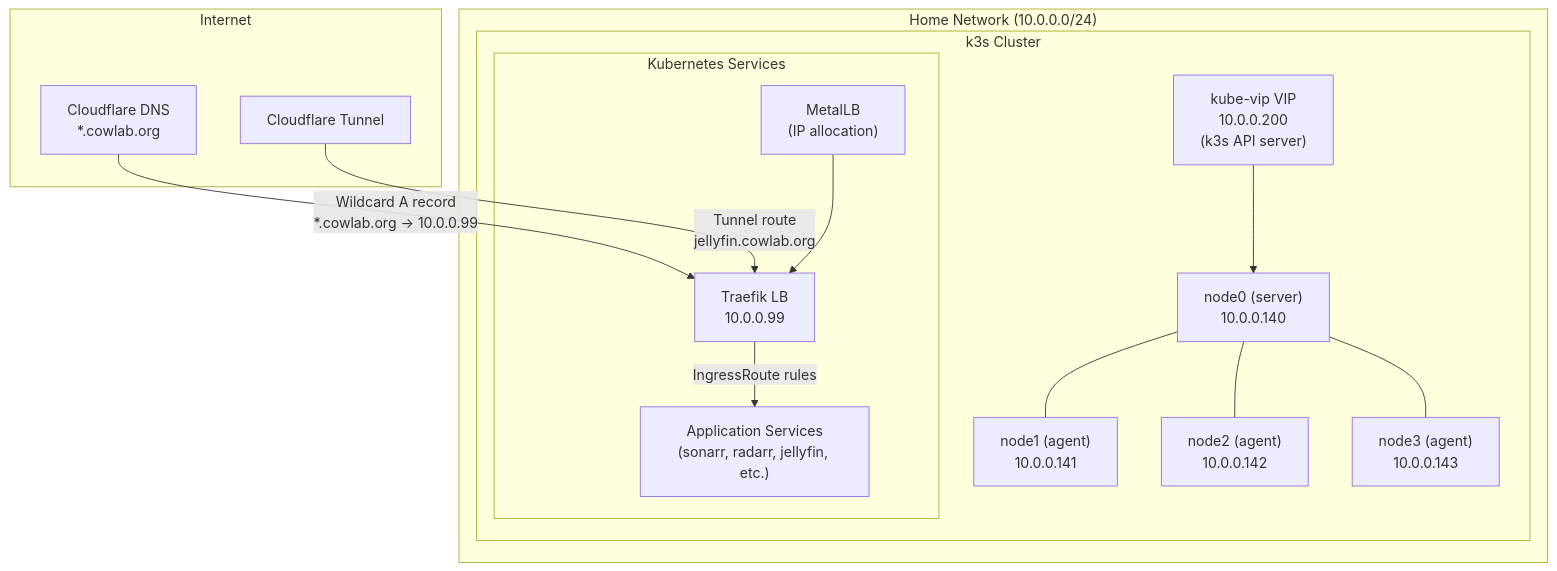
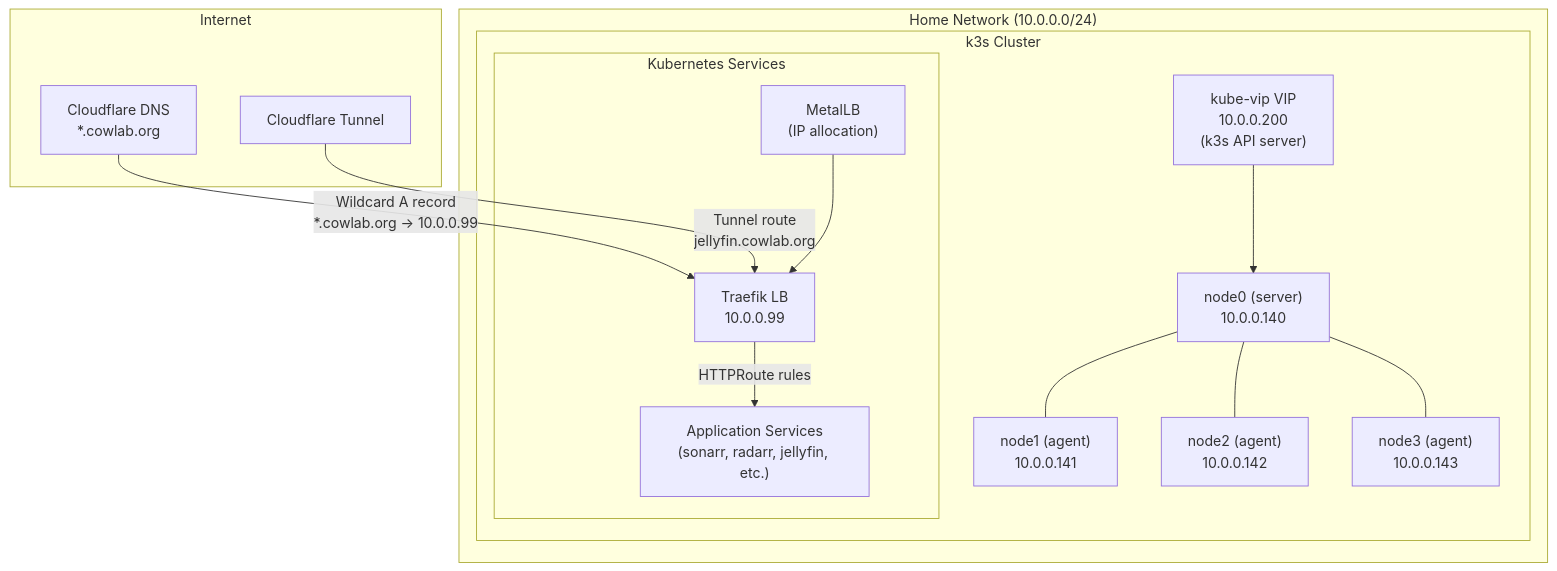
Before and after one commit to myles-coleman/homelab-cluster: the diagram in docs/architecture/cluster-topology.md, drawn with Mermaid. The commit also changed other lines of this file and 9 other files, not shown here.

````diff
--- a/docs/architecture/cluster-topology.md
+++ b/docs/architecture/cluster-topology.md
@@ -24,33 +24,33 @@
 ```mermaid
 graph TB
     subgraph Internet
         CF[Cloudflare DNS<br/>*.cowlab.org]
         CFT[Cloudflare Tunnel]
     end
 
     subgraph "Home Network (10.0.0.0/24)"
         subgraph "k3s Cluster"
             VIP["kube-vip VIP<br/>10.0.0.200<br/>(k3s API server)"]
             
             N0["node0 (server)<br/>10.0.0.140"]
             N1["node1 (agent)<br/>10.0.0.141"]
             N2["node2 (agent)<br/>10.0.0.142"]
             N3["node3 (agent)<br/>10.0.0.143"]
             
             subgraph "Kubernetes Services"
                 MLB["MetalLB<br/>(IP allocation)"]
                 TFK["Traefik LB<br/>10.0.0.99"]
                 SVC["Application Services<br/>(sonarr, radarr, jellyfin, etc.)"]
             end
         end
     end
 
     CF -->|"Wildcard A record<br/>*.cowlab.org → 10.0.0.99"| TFK
     CFT -->|"Tunnel route<br/>jellyfin.cowlab.org"| TFK
     VIP --> N0
     N0 --- N1
     N0 --- N2
     N0 --- N3
     MLB --> TFK
-    TFK -->|"IngressRoute rules"| SVC
+    TFK -->|"HTTPRoute rules"| SVC
 ```
````
